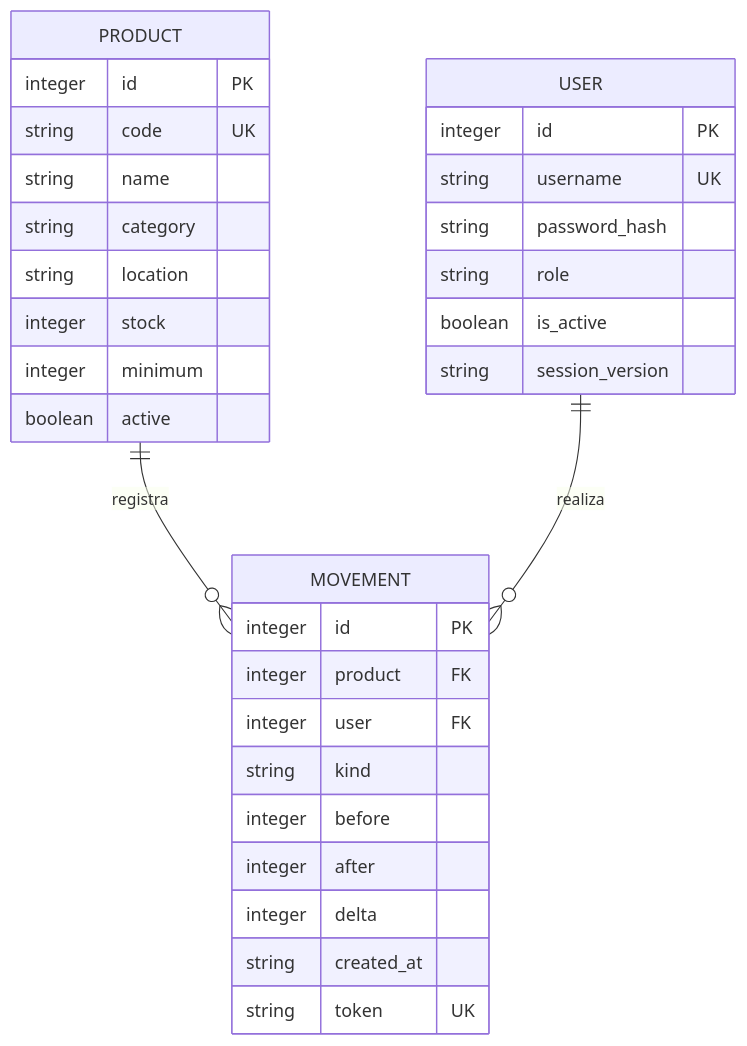
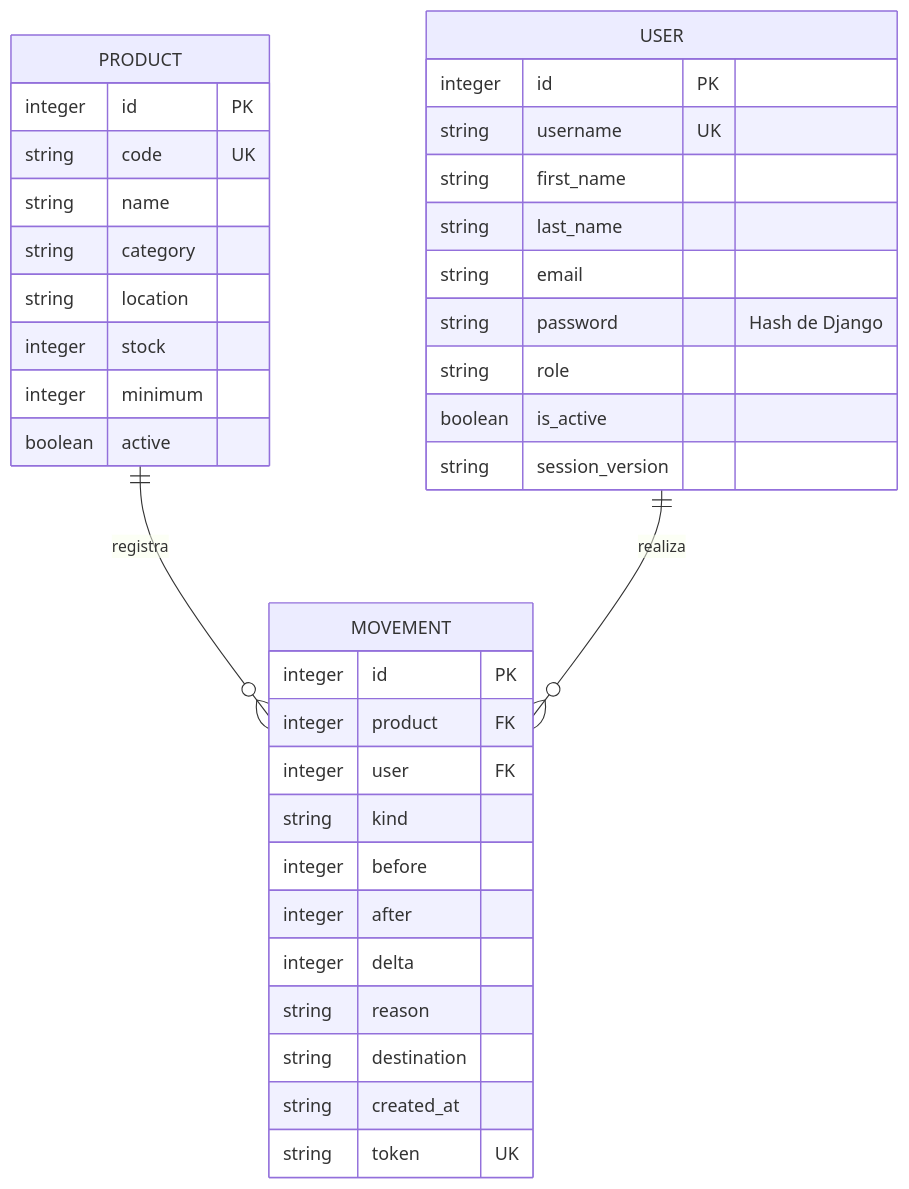
The diagram in docs/MODELO_DATOS.md (PabloDoussang/SoundStock), drawn with Mermaid before and after one commit. The commit also changed other lines of this file and 17 other files, not shown here.

````diff
--- a/docs/MODELO_DATOS.md
+++ b/docs/MODELO_DATOS.md
@@ -47,34 +47,39 @@
 ```mermaid
 erDiagram
     PRODUCT ||--o{ MOVEMENT : registra
     USER ||--o{ MOVEMENT : realiza
     PRODUCT {
         integer id PK
         string code UK
         string name
         string category
         string location
         integer stock
         integer minimum
         boolean active
     }
     MOVEMENT {
         integer id PK
         integer product FK
         integer user FK
         string kind
         integer before
         integer after
         integer delta
+        string reason
+        string destination
         string created_at
         string token UK
     }
     USER {
         integer id PK
         string username UK
-        string password_hash
+        string first_name
+        string last_name
+        string email
+        string password "Hash de Django"
         string role
         boolean is_active
         string session_version
     }
 ```
````
